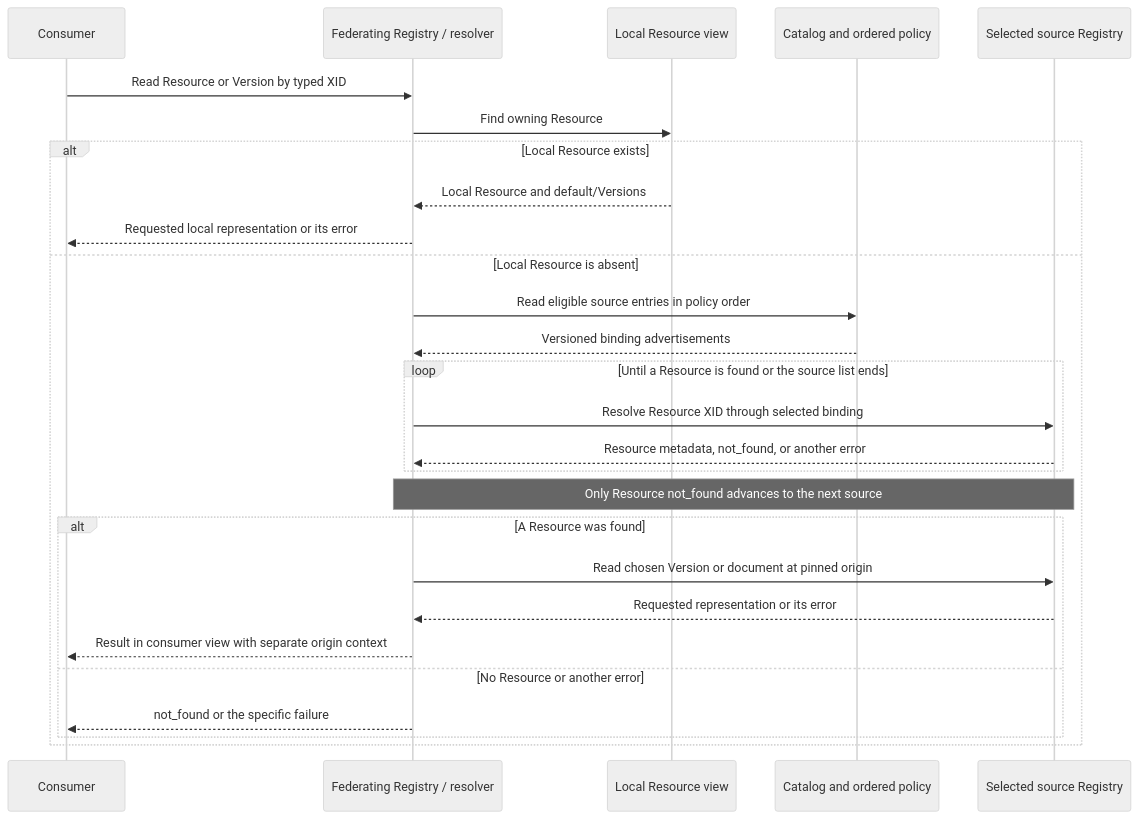
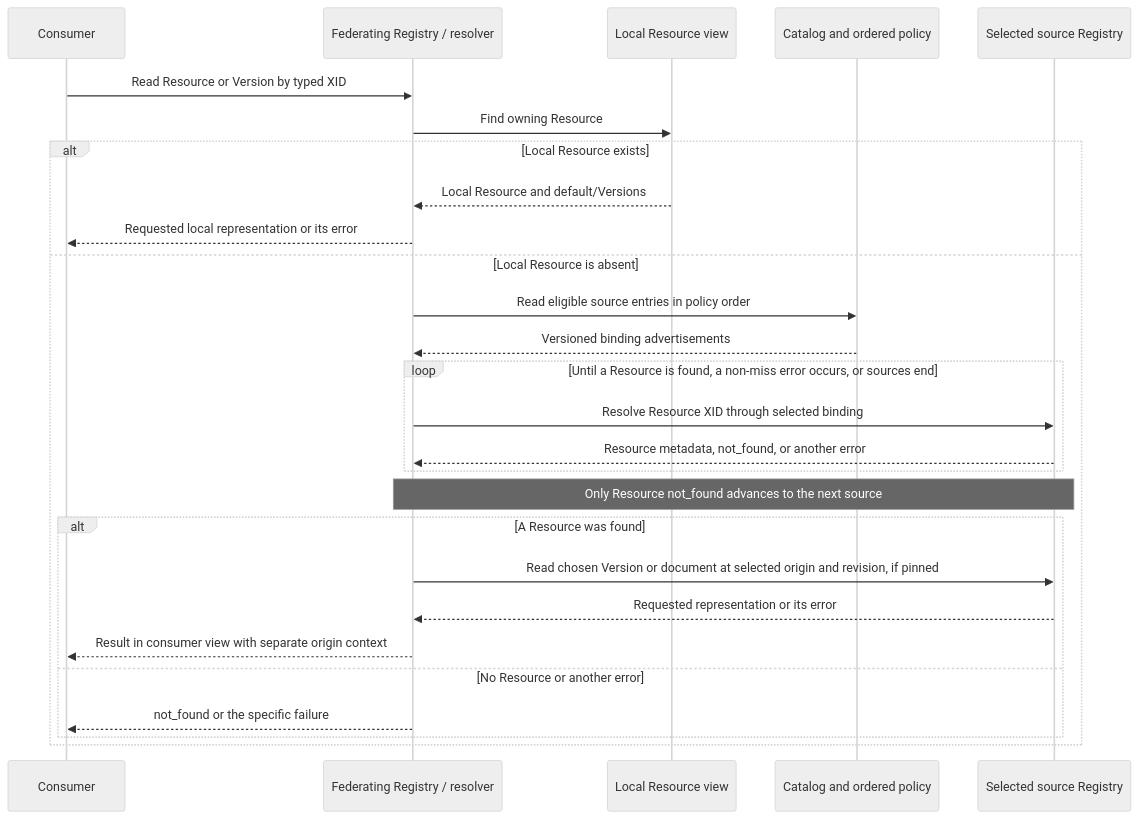
Before and after one commit to xregistry/spec: the second of 2 diagrams in workingdrafts/federation/spec.md, drawn with Mermaid (neutral theme). The commit also changed other lines of this file and 24 other files, not shown here.

````diff
--- a/workingdrafts/federation/spec.md
+++ b/workingdrafts/federation/spec.md
@@ -382,29 +395,29 @@
 ```mermaid
 sequenceDiagram
     participant C as Consumer
     participant R as Federating Registry / resolver
     participant L as Local Resource view
     participant K as Catalog and ordered policy
     participant S as Selected source Registry
     C->>R: Read Resource or Version by typed XID
     R->>L: Find owning Resource
     alt Local Resource exists
         L-->>R: Local Resource and default/Versions
         R-->>C: Requested local representation or its error
     else Local Resource is absent
         R->>K: Read eligible source entries in policy order
         K-->>R: Versioned binding advertisements
-        loop Until a Resource is found or the source list ends
+        loop Until a Resource is found, a non-miss error occurs, or sources end
             R->>S: Resolve Resource XID through selected binding
             S-->>R: Resource metadata, not_found, or another error
         end
         Note over R,S: Only Resource not_found advances to the next source
         alt A Resource was found
-            R->>S: Read chosen Version or document at pinned origin
+            R->>S: Read chosen Version or document at selected origin and revision, if pinned
             S-->>R: Requested representation or its error
             R-->>C: Result in consumer view with separate origin context
         else No Resource or another error
             R-->>C: not_found or the specific failure
         end
     end
 ```
````
